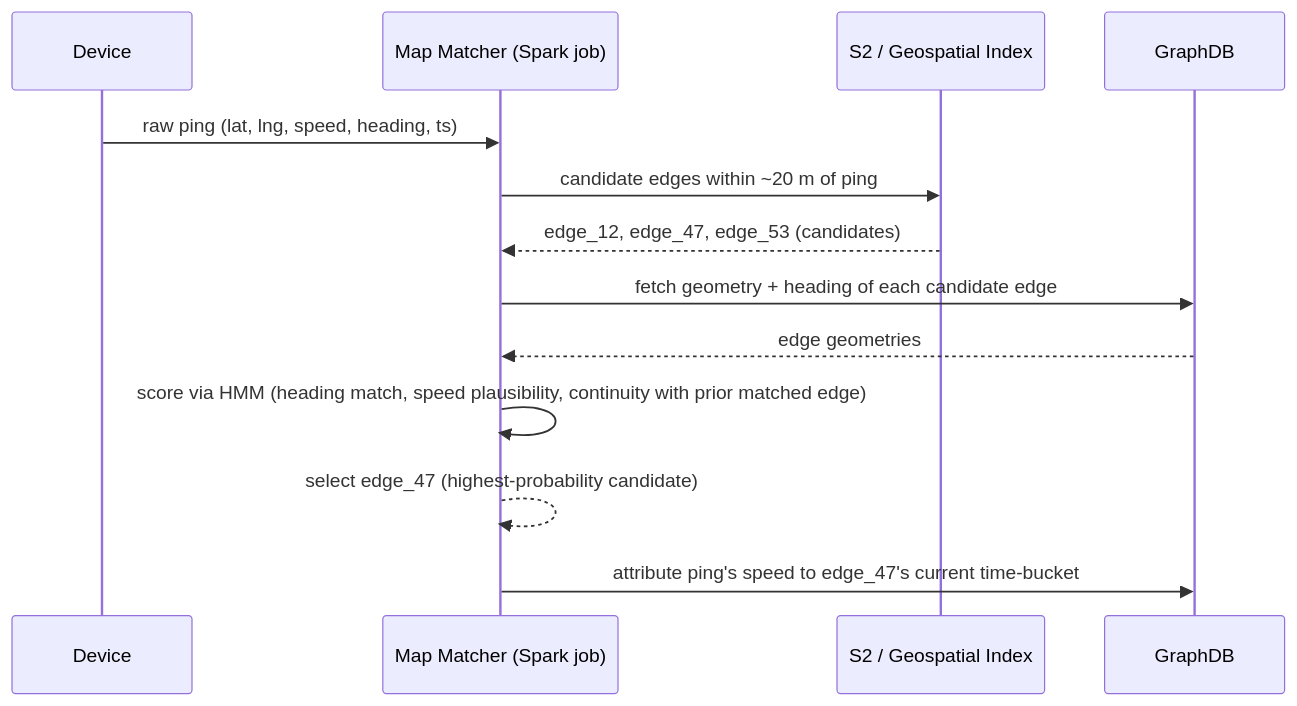
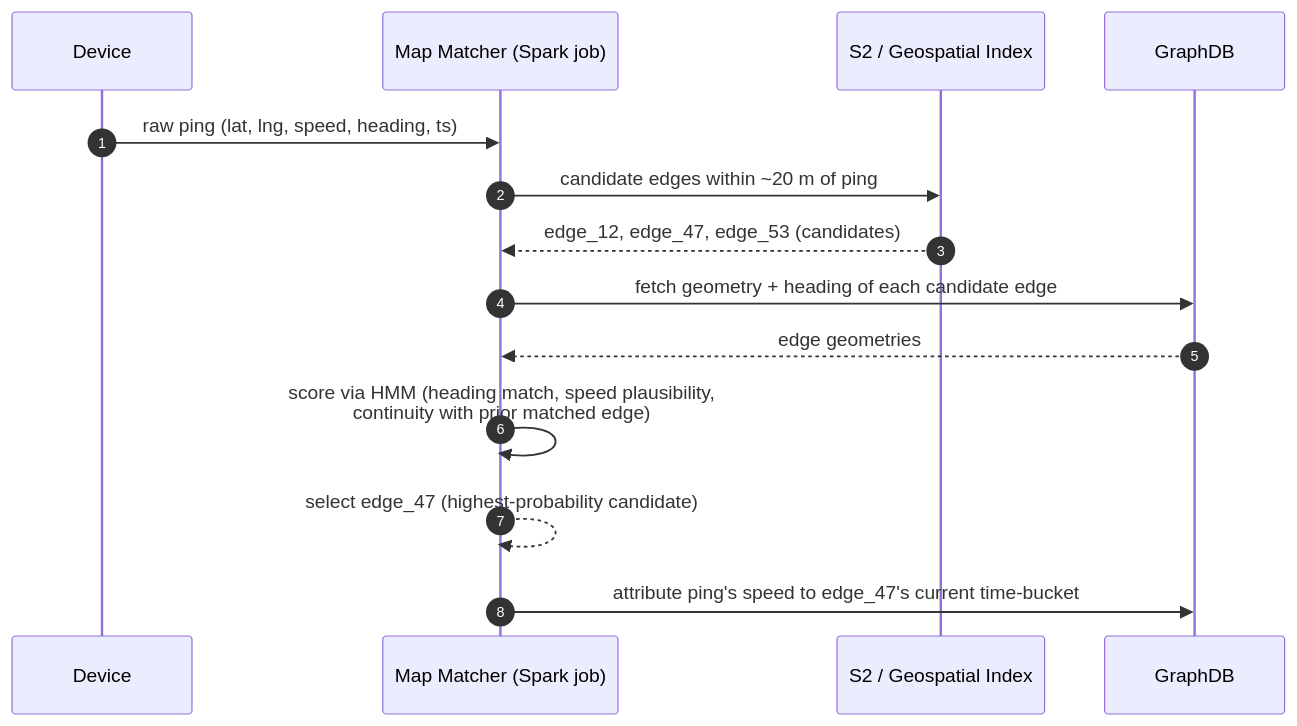
Diagram 20 of 27 in system-design/HLD/0-course/28-Design Google Maps-FAANG-Guide.md (riyaz-pasha/Learnings), drawn with Mermaid before and after one commit. The commit also changed other lines of this file and 1 other file, not shown here.

````diff
--- a/system-design/HLD/0-course/28-Design Google Maps-FAANG-Guide.md
+++ b/system-design/HLD/0-course/28-Design Google Maps-FAANG-Guide.md
@@ -776,16 +895,17 @@
 ```mermaid
 sequenceDiagram
+    autonumber
     participant Device
     participant MapMatcher as Map Matcher (Spark job)
     participant SpatialIdx as S2 / Geospatial Index
     participant GraphDB
 
     Device->>MapMatcher: raw ping (lat, lng, speed, heading, ts)
     MapMatcher->>SpatialIdx: candidate edges within ~20 m of ping
     SpatialIdx-->>MapMatcher: edge_12, edge_47, edge_53 (candidates)
     MapMatcher->>GraphDB: fetch geometry + heading of each candidate edge
     GraphDB-->>MapMatcher: edge geometries
-    MapMatcher->>MapMatcher: score via HMM (heading match, speed plausibility, continuity with prior matched edge)
+    MapMatcher->>MapMatcher: score via HMM (heading match, speed plausibility,<br/>continuity with prior matched edge)
     MapMatcher-->>MapMatcher: select edge_47 (highest-probability candidate)
     MapMatcher->>GraphDB: attribute ping's speed to edge_47's current time-bucket
 ```
````
